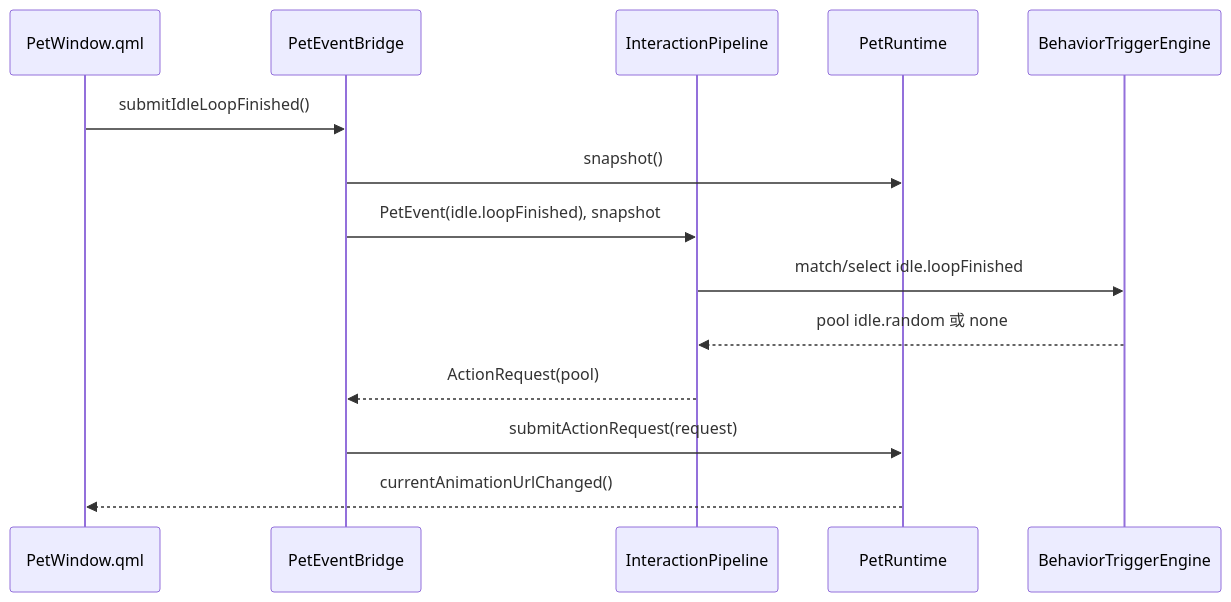
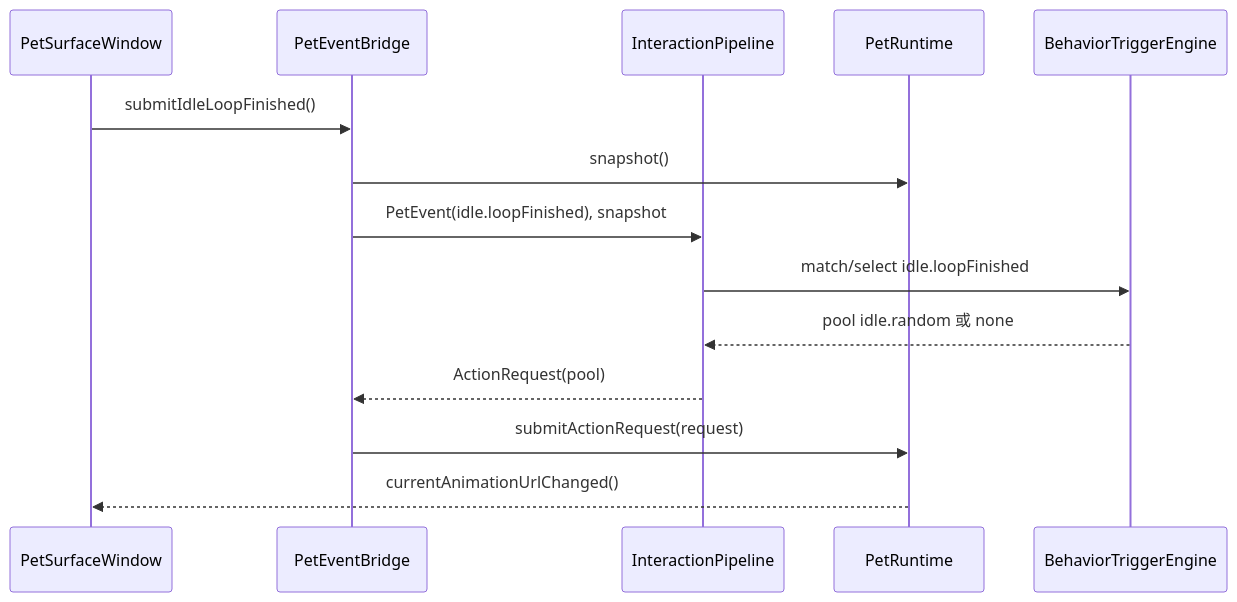
Before and after one commit to tiantian180/MilesEdgeworth: the second of 5 diagrams in docs/v2/设计方案/桌宠运行时职责拆分设计.md, drawn with Mermaid. The commit also changed other lines of this file and 36 other files, not shown here.

Commit message:
test: add architecture guardrails

````diff
--- a/docs/v2/设计方案/桌宠运行时职责拆分设计.md
+++ b/docs/v2/设计方案/桌宠运行时职责拆分设计.md
@@ -609,17 +611,17 @@
 ```mermaid
 sequenceDiagram
-    participant QML as PetWindow.qml
+    participant Surface as PetSurfaceWindow
     participant Bridge as PetEventBridge
     participant Pipeline as InteractionPipeline
     participant Runtime as PetRuntime
     participant Trigger as BehaviorTriggerEngine
 
-    QML->>Bridge: submitIdleLoopFinished()
+    Surface->>Bridge: submitIdleLoopFinished()
     Bridge->>Runtime: snapshot()
     Bridge->>Pipeline: PetEvent(idle.loopFinished), snapshot
     Pipeline->>Trigger: match/select idle.loopFinished
     Trigger-->>Pipeline: pool idle.random 或 none
     Pipeline-->>Bridge: ActionRequest(pool)
     Bridge->>Runtime: submitActionRequest(request)
-    Runtime-->>QML: currentAnimationUrlChanged()
+    Runtime-->>Surface: currentAnimationUrlChanged()
 ```
````
